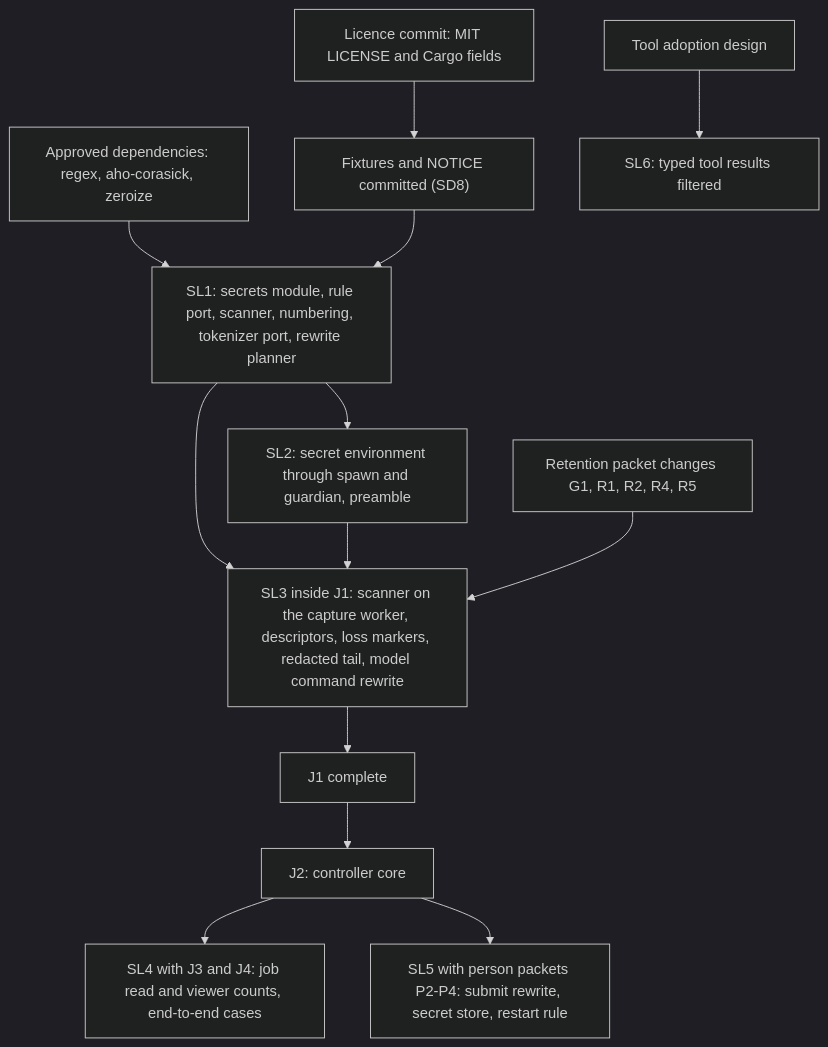
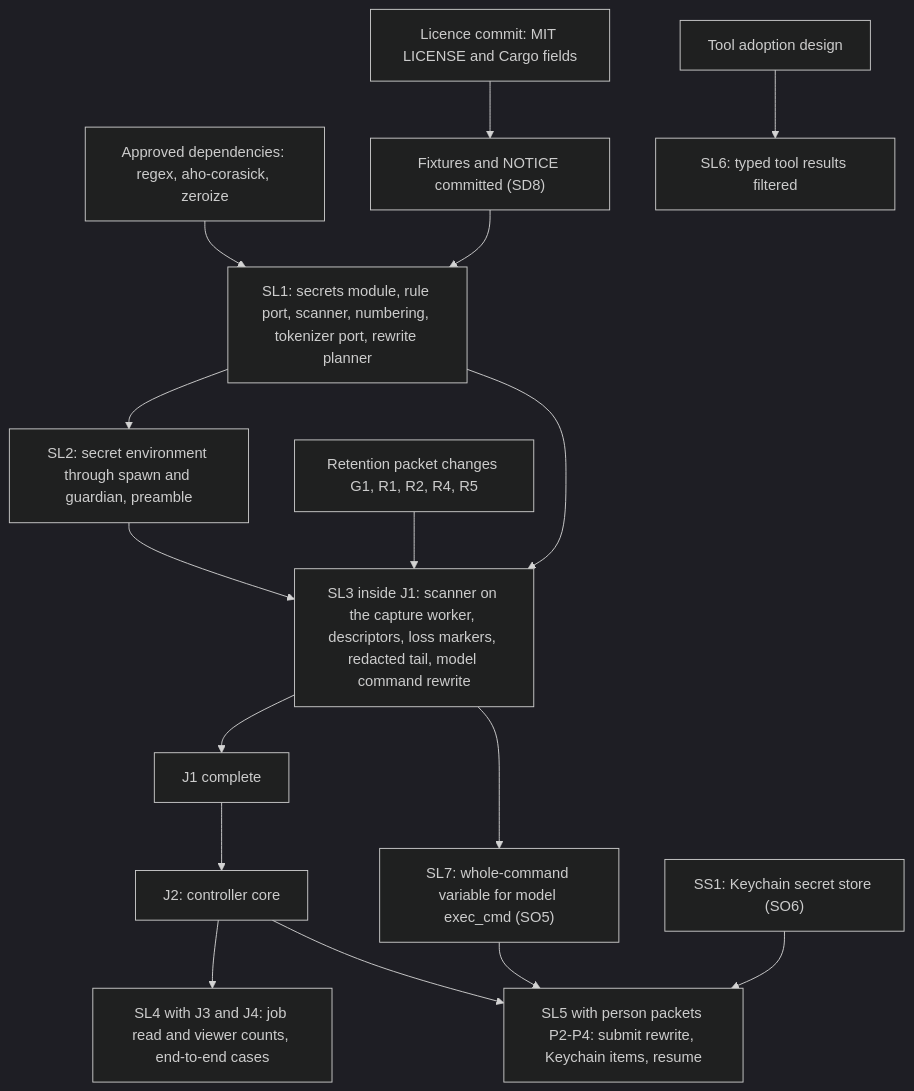
One commit to pidster/asura changed the fifth of 5 diagrams in docs/designs/secret-detection.md. Above: the diagram before and after it, drawn with Mermaid (dark theme). The commit also changed other lines of this file and 9 other files, not shown here.

First line of the commit message:
Design person commands, the whole-command variable and the secret store

````diff
--- a/docs/designs/secret-detection.md
+++ b/docs/designs/secret-detection.md
@@ -1128,15 +1185,18 @@
 ```mermaid
 flowchart TD
     Dep["Approved dependencies: regex, aho-corasick, zeroize"] --> SL1
     Lic["Licence commit: MIT LICENSE and Cargo fields"] --> Fix["Fixtures and NOTICE committed (SD8)"]
     Fix --> SL1
     SL1["SL1: secrets module, rule port, scanner, numbering, tokenizer port, rewrite planner"] --> SL2["SL2: secret environment through spawn and guardian, preamble"]
     SL1 --> SL3
     SL2 --> SL3["SL3 inside J1: scanner on the capture worker, descriptors, loss markers, redacted tail, model command rewrite"]
     RP["Retention packet changes G1, R1, R2, R4, R5"] --> SL3
     SL3 --> J1["J1 complete"]
     J1 --> J2["J2: controller core"]
     J2 --> SL4["SL4 with J3 and J4: job read and viewer counts, end-to-end cases"]
-    J2 --> SL5["SL5 with person packets P2-P4: submit rewrite, secret store, restart rule"]
+    SL3 --> SL7["SL7: whole-command variable for model exec_cmd (SO5)"]
+    SL7 --> SL5
+    SS1["SS1: Keychain secret store (SO6)"] --> SL5
+    J2 --> SL5["SL5 with person packets P2-P4: submit rewrite, Keychain items, resume"]
     TA["Tool adoption design"] --> SL6["SL6: typed tool results filtered"]
 ```
````
